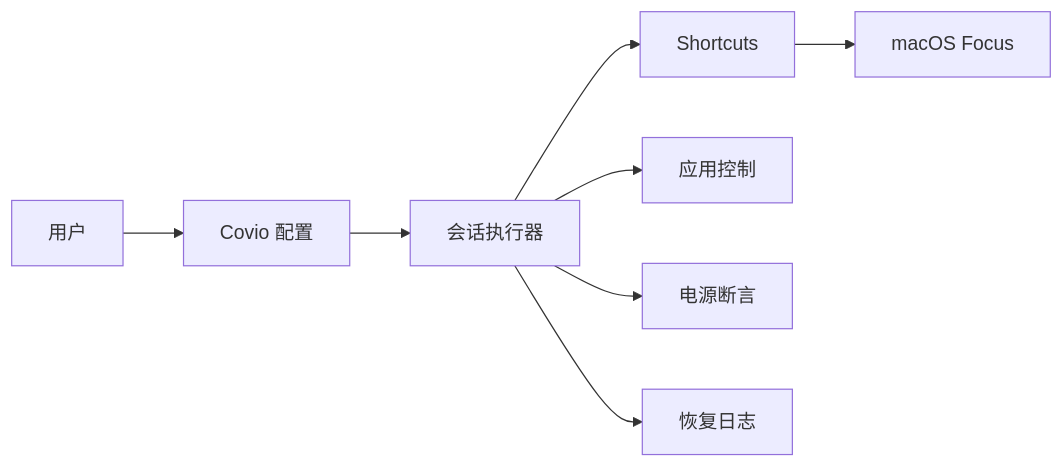
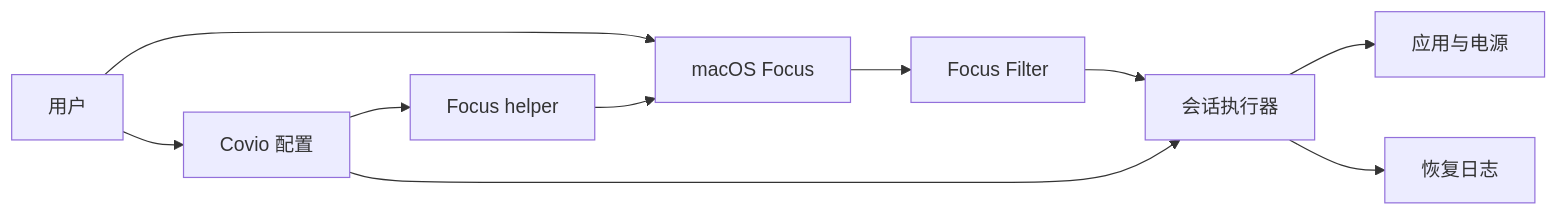
One commit to wyz541/kmp-Covio changed the diagram in docs/research/focus-mode-system-adjustments/context.md. Above: the diagram before and after it, drawn with Mermaid. The commit also changed other lines of this file and 8 other files, not shown here.

````diff
--- a/docs/research/focus-mode-system-adjustments/context.md
+++ b/docs/research/focus-mode-system-adjustments/context.md
@@ -111,10 +121,12 @@
 ```mermaid
 flowchart LR
   U[用户] --> C[Covio 配置]
-  C --> E[会话执行器]
-  E --> S[Shortcuts]
-  E --> A[应用控制]
-  E --> P[电源断言]
+  U --> F[macOS Focus]
+  C --> H[Focus helper]
+  H --> F
+  F --> B[Focus Filter]
+  B --> E[会话执行器]
+  C --> E
+  E --> A[应用与电源]
   E --> J[恢复日志]
-  S --> F[macOS Focus]
 ```
````
